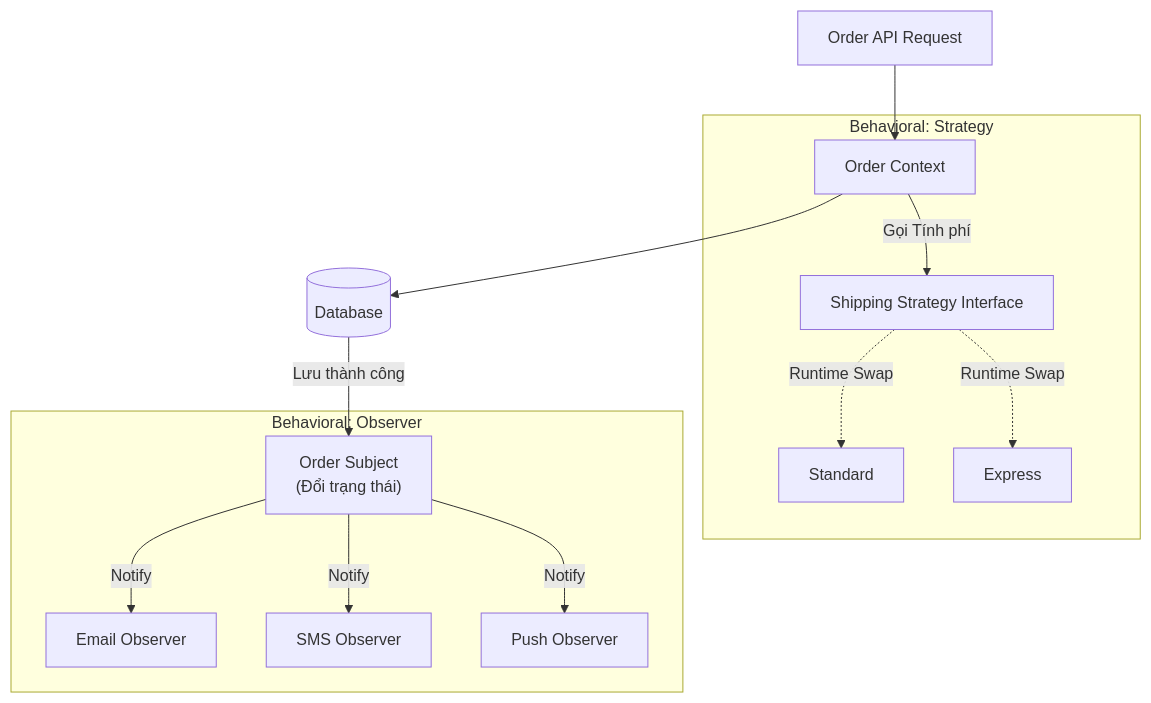
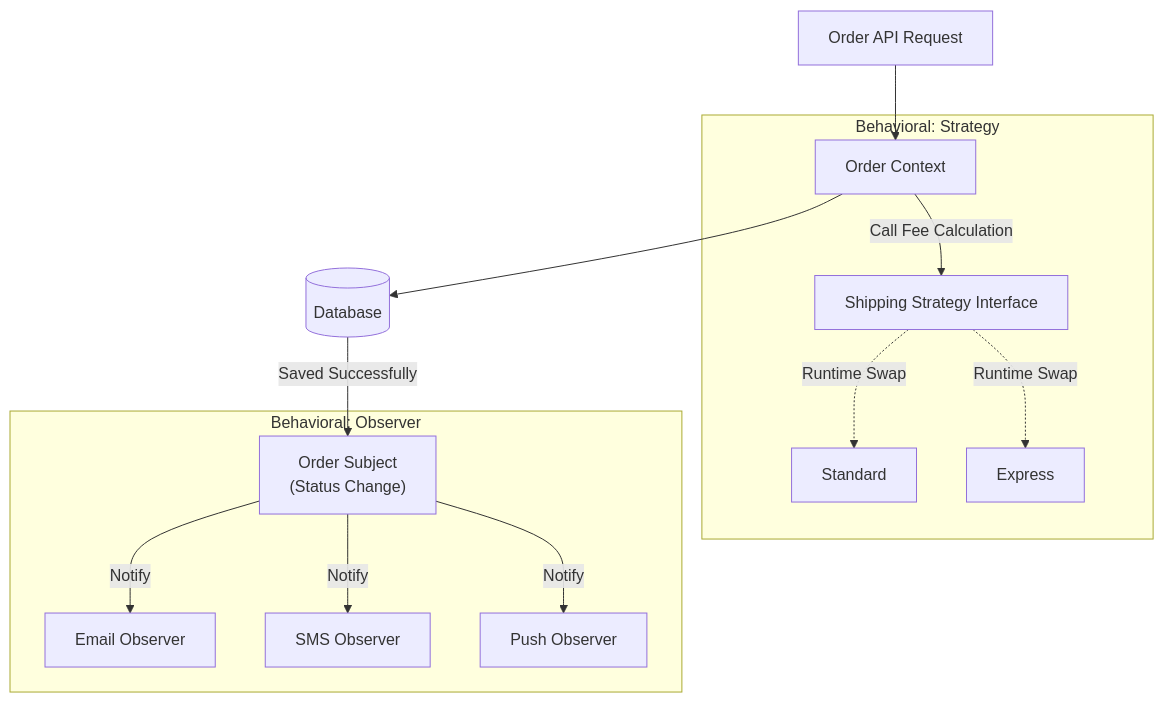
The diagram in src/data/blog/en/81-2026-07-16-design-pattern-08-behavioral-patterns-use-case-analysis.md (ga2631/ga2631.github.io), drawn with Mermaid before and after one commit. The commit also changed other lines of this file and 74 other files, not shown here.

````diff
--- a/src/data/blog/en/81-2026-07-16-design-pattern-08-behavioral-patterns-use-case-analysis.md
+++ b/src/data/blog/en/81-2026-07-16-design-pattern-08-behavioral-patterns-use-case-analysis.md
@@ -25,19 +25,19 @@
 ```mermaid
 flowchart TD
     API[Order API Request] --> Ctx[Order Context]
 
     subgraph Behavioral: Strategy
-        Ctx -->|Gọi Tính phí| Strat[Shipping Strategy Interface]
+        Ctx -->|Call Fee Calculation| Strat[Shipping Strategy Interface]
         Strat -.->|Runtime Swap| S_Std[Standard]
         Strat -.->|Runtime Swap| S_Exp[Express]
     end
 
     Ctx --> Repo[(Database)]
-    Repo -->|Lưu thành công| Subj["Order Subject\n(Đổi trạng thái)"]
+    Repo -->|Saved Successfully| Subj["Order Subject\n(Status Change)"]
 
     subgraph Behavioral: Observer
         Subj -->|Notify| Obs_E[Email Observer]
         Subj -->|Notify| Obs_S[SMS Observer]
         Subj -->|Notify| Obs_P[Push Observer]
     end
 ```
````
